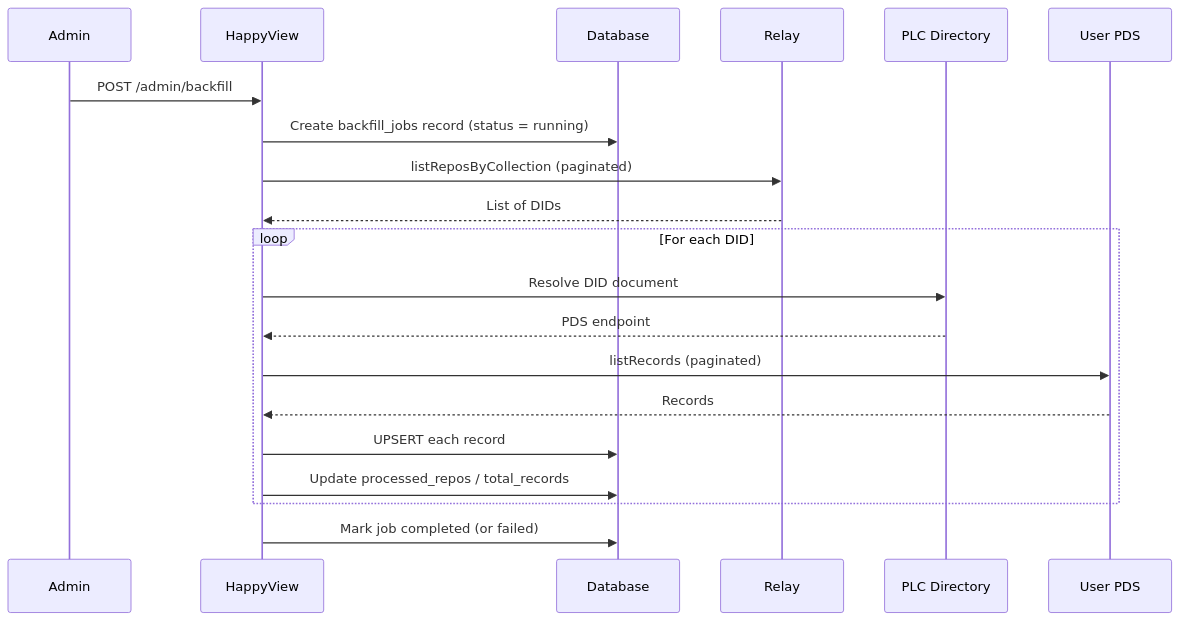
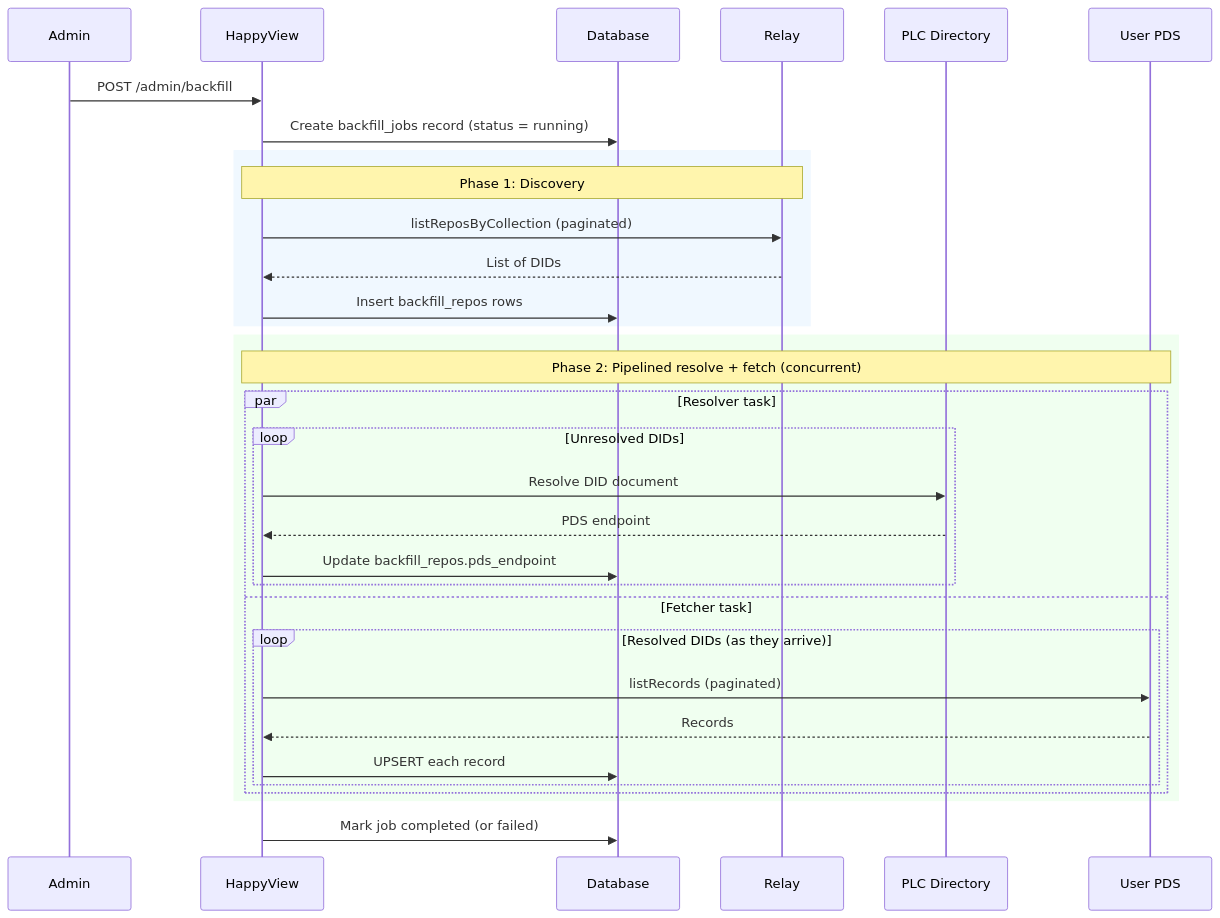
The sixth of 6 diagrams in packages/docs/content/docs/reference/architecture.md (edavis/happyview), drawn with Mermaid before and after one commit. The commit also changed other lines of this file and 7 other files, not shown here.

````diff
--- a/packages/docs/content/docs/reference/architecture.md
+++ b/packages/docs/content/docs/reference/architecture.md
@@ -146,23 +146,38 @@
 ```mermaid
 sequenceDiagram
     participant A as Admin
     participant H as HappyView
     participant D as Database
     participant Relay as Relay
     participant PLC as PLC Directory
     participant PDS as User PDS
 
     A->>H: POST /admin/backfill
     H->>D: Create backfill_jobs record (status = running)
+
+    rect rgb(240, 248, 255)
+    note over H,Relay: Phase 1: Discovery
     H->>Relay: listReposByCollection (paginated)
     Relay-->>H: List of DIDs
-    loop For each DID
-        H->>PLC: Resolve DID document
-        PLC-->>H: PDS endpoint
-        H->>PDS: listRecords (paginated)
-        PDS-->>H: Records
-        H->>D: UPSERT each record
-        H->>D: Update processed_repos / total_records
+    H->>D: Insert backfill_repos rows
     end
+
+    rect rgb(240, 255, 240)
+    note over H,PDS: Phase 2: Pipelined resolve + fetch (concurrent)
+    par Resolver task
+        loop Unresolved DIDs
+            H->>PLC: Resolve DID document
+            PLC-->>H: PDS endpoint
+            H->>D: Update backfill_repos.pds_endpoint
+        end
+    and Fetcher task
+        loop Resolved DIDs (as they arrive)
+            H->>PDS: listRecords (paginated)
+            PDS-->>H: Records
+            H->>D: UPSERT each record
+        end
+    end
+    end
+
     H->>D: Mark job completed (or failed)
 ```
````
